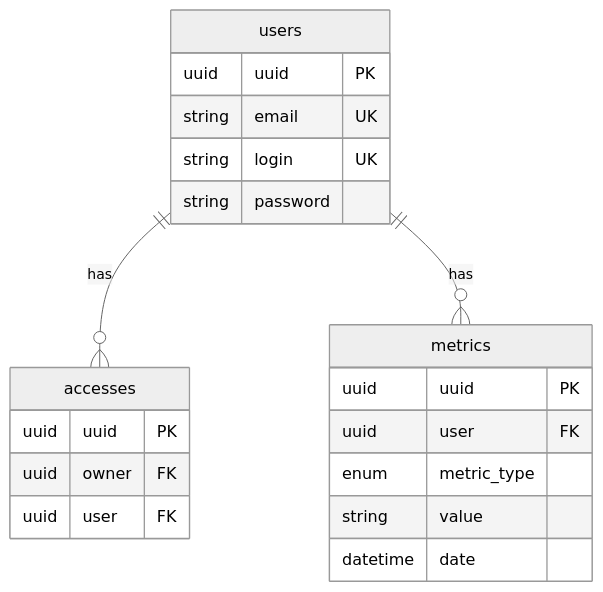
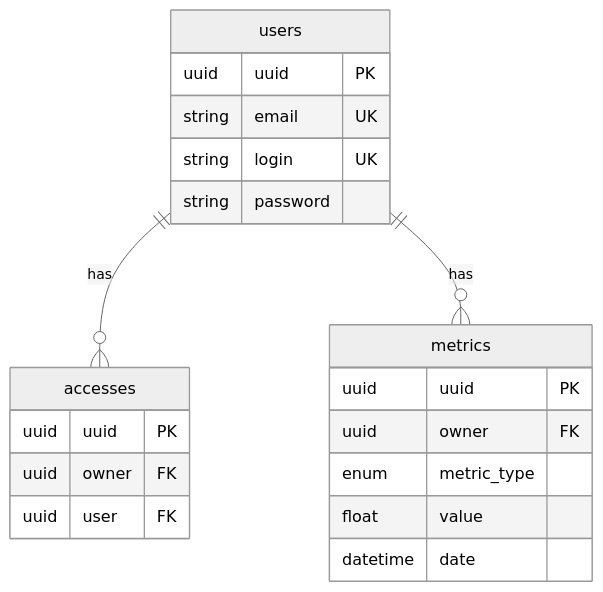
The first of 2 diagrams in README.md (Willsem/health-metrics), drawn with Mermaid (neutral theme) before and after one commit. The commit also changed 14 other files, not shown here.

````diff
--- a/README.md
+++ b/README.md
@@ -8,26 +8,26 @@
 ```mermaid
 erDiagram
 	users {
 		uuid uuid PK
 		string email UK
 		string login UK
 		string password
 	}
 
 	metrics {
 		uuid uuid PK
-		uuid user FK
+		uuid owner FK
 		enum metric_type
-		string value
+		float value
 		datetime date
 	}
 
 	accesses {
 		uuid uuid PK
 		uuid owner FK
 		uuid user FK
 	}
 
 	users ||--o{ accesses : has
 	users ||--o{ metrics : has
 ```
````
